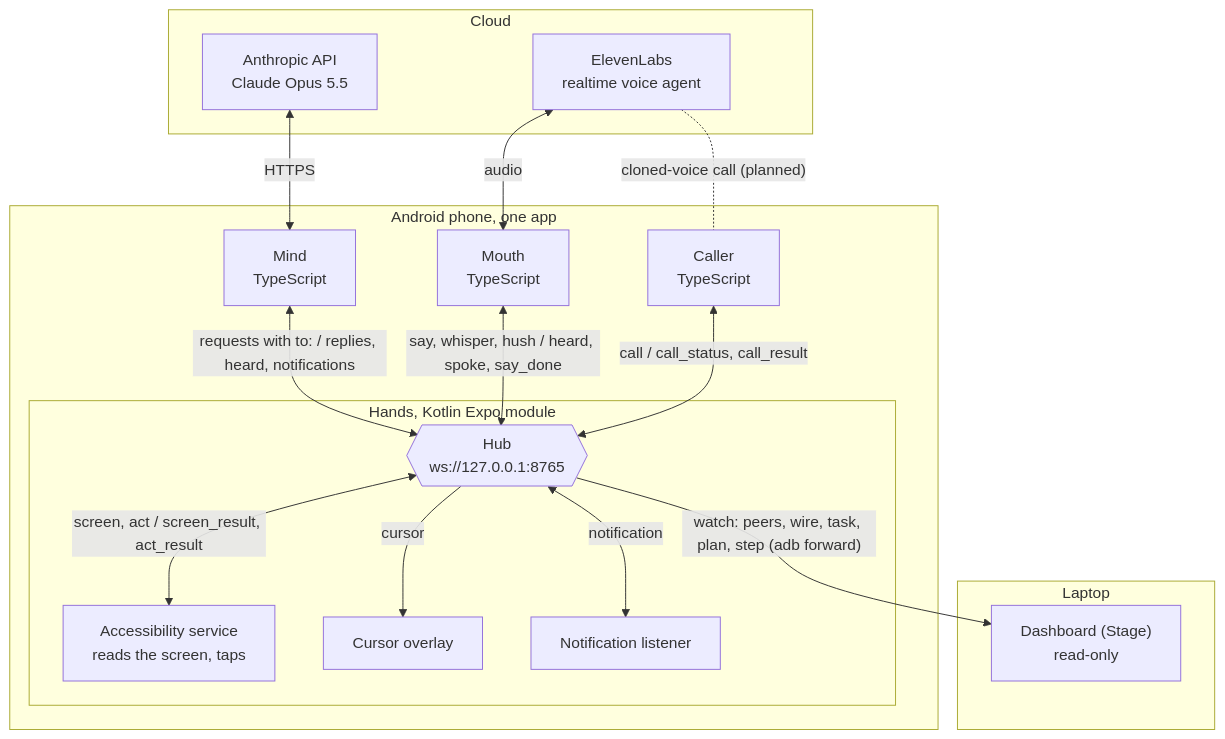
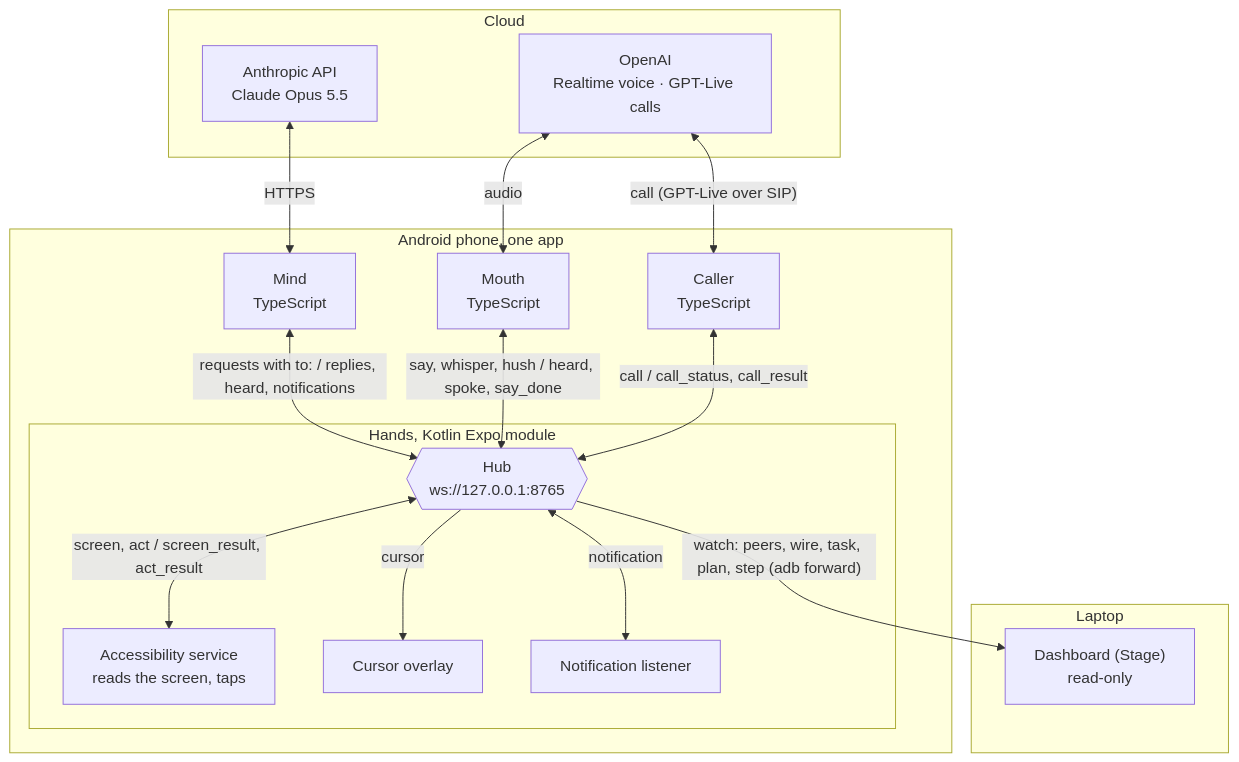
The diagram in stage/readme/README.md (DevHamzaKhan/elevenlabshackathon), drawn with Mermaid before and after one commit. The commit also changed other lines of this file and 44 other files, not shown here.

First line of the commit message:
Remove ElevenLabs and voice cloning; the Mouth is OpenAI Realtime and protocol v2 only

````diff
--- a/stage/readme/README.md
+++ b/stage/readme/README.md
@@ -25,31 +25,31 @@
 ```mermaid
 flowchart TB
   subgraph cloud["Cloud"]
     A["Anthropic API<br/>Claude Opus 5.5"]
-    E["ElevenLabs<br/>realtime voice agent"]
+    E["OpenAI<br/>Realtime voice · GPT-Live calls"]
   end
   subgraph phone["Android phone, one app"]
     M["Mind<br/>TypeScript"]
     O["Mouth<br/>TypeScript"]
     C["Caller<br/>TypeScript"]
     subgraph hands["Hands, Kotlin Expo module"]
       H{{"Hub<br/>ws://127.0.0.1:8765"}}
       S["Accessibility service<br/>reads the screen, taps"]
       K["Cursor overlay"]
       N["Notification listener"]
     end
   end
   subgraph laptop["Laptop"]
     D["Dashboard (Stage)<br/>read-only"]
   end
   A <-->|"HTTPS"| M
   E <-->|"audio"| O
-  E -.-|"cloned-voice call (planned)"| C
+  E <-->|"call (GPT-Live over SIP)"| C
   M <-->|"requests with to: / replies, heard, notifications"| H
   O <-->|"say, whisper, hush / heard, spoke, say_done"| H
   C <-->|"call / call_status, call_result"| H
   H <-->|"screen, act / screen_result, act_result"| S
   H -->|"cursor"| K
   H <-->|"notification"| N
   H -->|"watch: peers, wire, task, plan, step (adb forward)"| D
 ```
````
